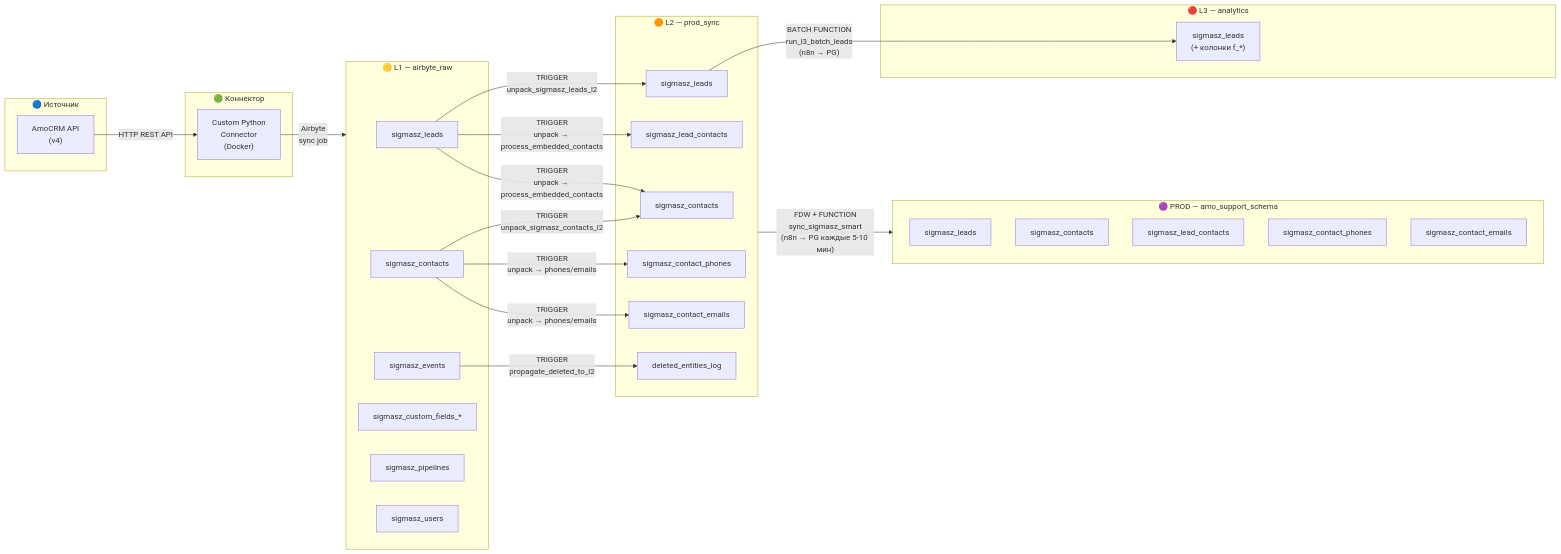
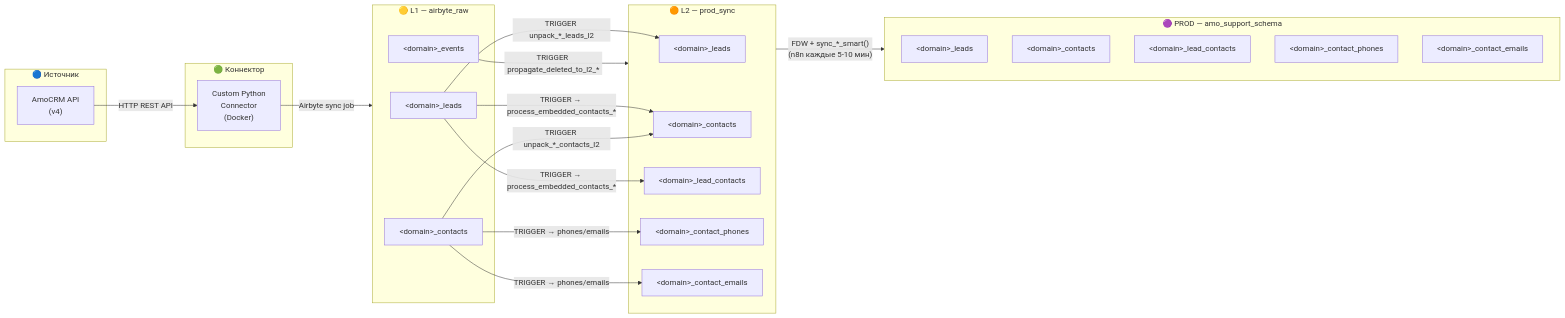
Before and after one commit to Kotstantin108/Airbyte-AmoCRM-connector: the diagram in docs/00_overview.md, drawn with Mermaid. The commit also changed other lines of this file and 41 other files, not shown here.

````diff
--- a/docs/00_overview.md
+++ b/docs/00_overview.md
@@ -5,52 +5,43 @@
 ```mermaid
 flowchart LR
     subgraph Source["🔵 Источник"]
         AMO["AmoCRM API<br/>(v4)"]
     end
 
     subgraph Connector["🟢 Коннектор"]
         PY["Custom Python<br/>Connector<br/>(Docker)"]
     end
 
     subgraph L1["🟡 L1 — airbyte_raw"]
-        RAW_L["sigmasz_leads"]
-        RAW_C["sigmasz_contacts"]
-        RAW_E["sigmasz_events"]
-        RAW_CF["sigmasz_custom_fields_*"]
-        RAW_P["sigmasz_pipelines"]
-        RAW_U["sigmasz_users"]
+        RAW_L["&lt;domain&gt;_leads"]
+        RAW_C["&lt;domain&gt;_contacts"]
+        RAW_E["&lt;domain&gt;_events"]
     end
 
     subgraph L2["🟠 L2 — prod_sync"]
-        PS_L["sigmasz_leads"]
-        PS_C["sigmasz_contacts"]
-        PS_LC["sigmasz_lead_contacts"]
-        PS_PH["sigmasz_contact_phones"]
-        PS_EM["sigmasz_contact_emails"]
-        PS_DEL["deleted_entities_log"]
-    end
-
-    subgraph L3["🔴 L3 — analytics"]
-        AN_L["sigmasz_leads<br/>(+ колонки f_*)"]
+        PS_L["&lt;domain&gt;_leads"]
+        PS_C["&lt;domain&gt;_contacts"]
+        PS_LC["&lt;domain&gt;_lead_contacts"]
+        PS_PH["&lt;domain&gt;_contact_phones"]
+        PS_EM["&lt;domain&gt;_contact_emails"]
     end
 
     subgraph PROD["🟣 PROD — amo_support_schema"]
-        PR_L["sigmasz_leads"]
-        PR_C["sigmasz_contacts"]
-        PR_LC["sigmasz_lead_contacts"]
-        PR_PH["sigmasz_contact_phones"]
-        PR_EM["sigmasz_contact_emails"]
+        PR_L["&lt;domain&gt;_leads"]
+        PR_C["&lt;domain&gt;_contacts"]
+        PR_LC["&lt;domain&gt;_lead_contacts"]
+        PR_PH["&lt;domain&gt;_contact_phones"]
+        PR_EM["&lt;domain&gt;_contact_emails"]
     end
 
     AMO -- "HTTP REST API" --> PY
-    PY -- "Airbyte<br/>sync job" --> L1
-    RAW_L -- "TRIGGER<br/>unpack_sigmasz_leads_l2" --> PS_L
-    RAW_L -- "TRIGGER<br/>unpack → process_embedded_contacts" --> PS_LC
-    RAW_L -- "TRIGGER<br/>unpack → process_embedded_contacts" --> PS_C
-    RAW_C -- "TRIGGER<br/>unpack_sigmasz_contacts_l2" --> PS_C
-    RAW_C -- "TRIGGER<br/>unpack → phones/emails" --> PS_PH
-    RAW_C -- "TRIGGER<br/>unpack → phones/emails" --> PS_EM
-    RAW_E -- "TRIGGER<br/>propagate_deleted_to_l2" --> PS_DEL
-    PS_L -- "BATCH FUNCTION<br/>run_l3_batch_leads<br/>(n8n → PG)" --> AN_L
-    L2 -- "FDW + FUNCTION<br/>sync_sigmasz_smart<br/>(n8n → PG каждые 5-10 мин)" --> PROD
+    PY -- "Airbyte sync job" --> L1
+    RAW_L -- "TRIGGER unpack_*_leads_l2" --> PS_L
+    RAW_L -- "TRIGGER → process_embedded_contacts_*" --> PS_LC
+    RAW_L -- "TRIGGER → process_embedded_contacts_*" --> PS_C
+    RAW_C -- "TRIGGER unpack_*_contacts_l2" --> PS_C
+    RAW_C -- "TRIGGER → phones/emails" --> PS_PH
+    RAW_C -- "TRIGGER → phones/emails" --> PS_EM
+    RAW_E -- "TRIGGER propagate_deleted_to_l2_*" --> L2
+    L2 -- "FDW + sync_*_smart()<br/>(n8n каждые 5-10 мин)" --> PROD
 ```
````
